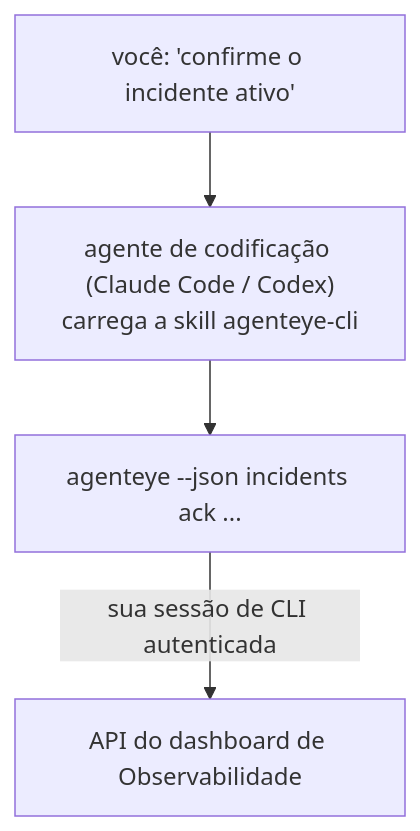
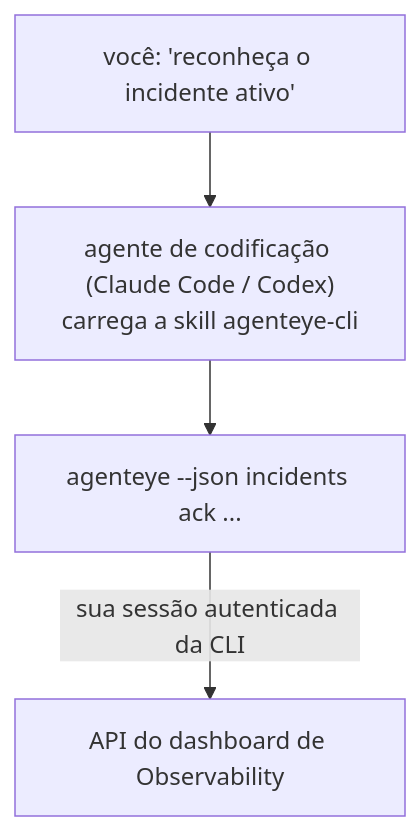
One commit to FailproofAI/failproofai changed the diagram in docs/pt-br/agenteye/cli-skill.mdx. Above: the diagram before and after it, drawn with Mermaid. The commit also changed other lines of this file and 678 other files, not shown here.

````diff
--- a/docs/pt-br/agenteye/cli-skill.mdx
+++ b/docs/pt-br/agenteye/cli-skill.mdx
@@ -28,6 +28,6 @@
 ```mermaid
 flowchart TD
-    YOU["você: 'confirme o incidente ativo'"] --> AGENT["agente de codificação (Claude Code / Codex)<br/>carrega a skill agenteye-cli"]
+    YOU["você: 'reconheça o incidente ativo'"] --> AGENT["agente de codificação (Claude Code / Codex)<br/>carrega a skill agenteye-cli"]
     AGENT --> CLI["agenteye --json incidents ack ..."]
-    CLI -->|sua sessão de CLI autenticada| API["API do dashboard de Observabilidade"]
+    CLI -->|sua sessão autenticada da CLI| API["API do dashboard de Observability"]
 ```
````
